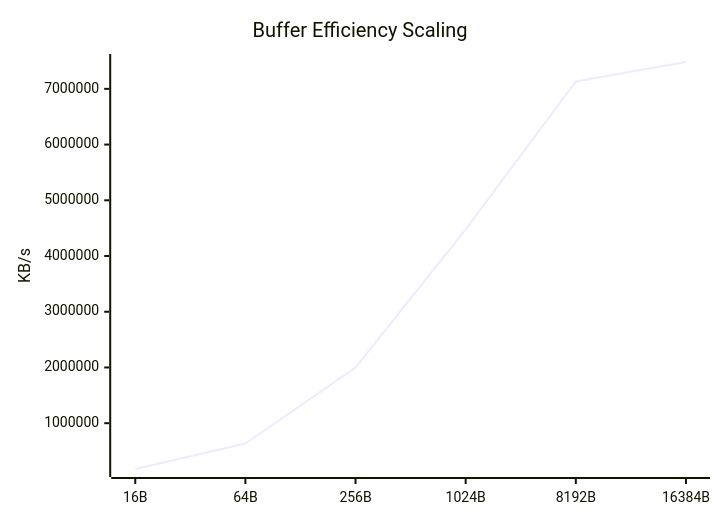
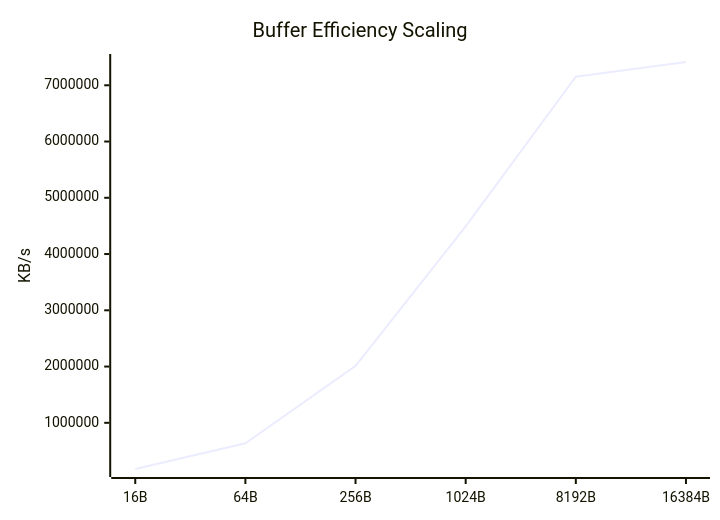
One commit to taha2samy/openssl_fips changed the seventh of 9 diagrams in docs/Comparison_Report.md. Above: the diagram before and after it, drawn with Mermaid. The commit also changed other lines of this file and 2 other files, not shown here.

````diff
--- a/docs/Comparison_Report.md
+++ b/docs/Comparison_Report.md
@@ -110,7 +110,7 @@
 ```mermaid
 xychart-beta
     title "Buffer Efficiency Scaling"
     x-axis [16B, 64B, 256B, 1024B, 8192B, 16384B]
     y-axis "KB/s"
-    line [177963.33, 635877.73, 1998197.63, 4477468.47, 7132474.57, 7481878.12]
+    line [178828.2, 637283.33, 2010941.26, 4492602.16, 7152666.21, 7413805.88]
 ```
````
